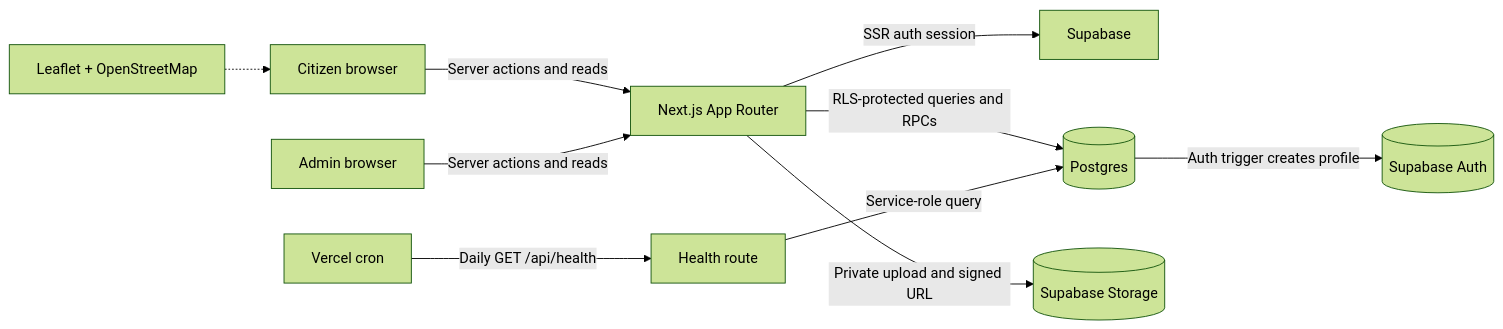
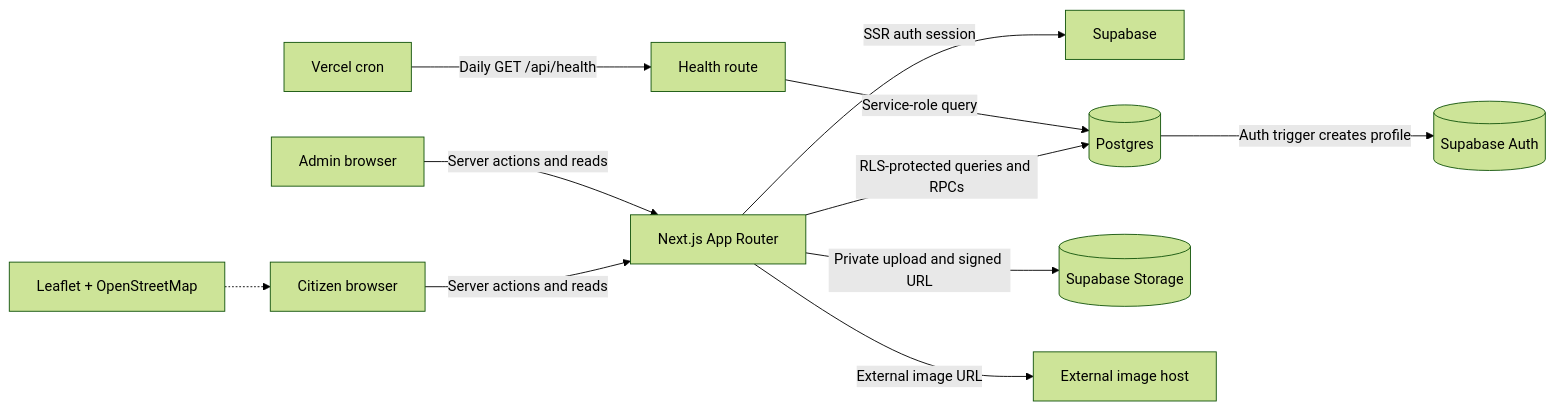
Before and after one commit to kurosakiaduma/tatua-service-requests: the first of 3 diagrams in README.md, drawn with Mermaid (forest theme). The commit also changed other lines of this file, not shown here.

Commit message:
docs: document uploaded and external request images

````diff
--- a/README.md
+++ b/README.md
@@ -80,12 +82,13 @@
 ```mermaid
 flowchart LR
     Citizen[Citizen browser] -->|Server actions and reads| App[Next.js App Router]
     Admin[Admin browser] -->|Server actions and reads| App
     App -->|SSR auth session| Supabase[Supabase]
     App -->|RLS-protected queries and RPCs| Database[(Postgres)]
     App -->|Private upload and signed URL| Storage[(Supabase Storage)]
+    App -->|External image URL| External[External image host]
     Database -->|Auth trigger creates profile| Auth[(Supabase Auth)]
     Vercel[Vercel cron] -->|Daily GET /api/health| Health[Health route]
     Health -->|Service-role query| Database
     Map[Leaflet + OpenStreetMap] -.-> Citizen
 ```
````
